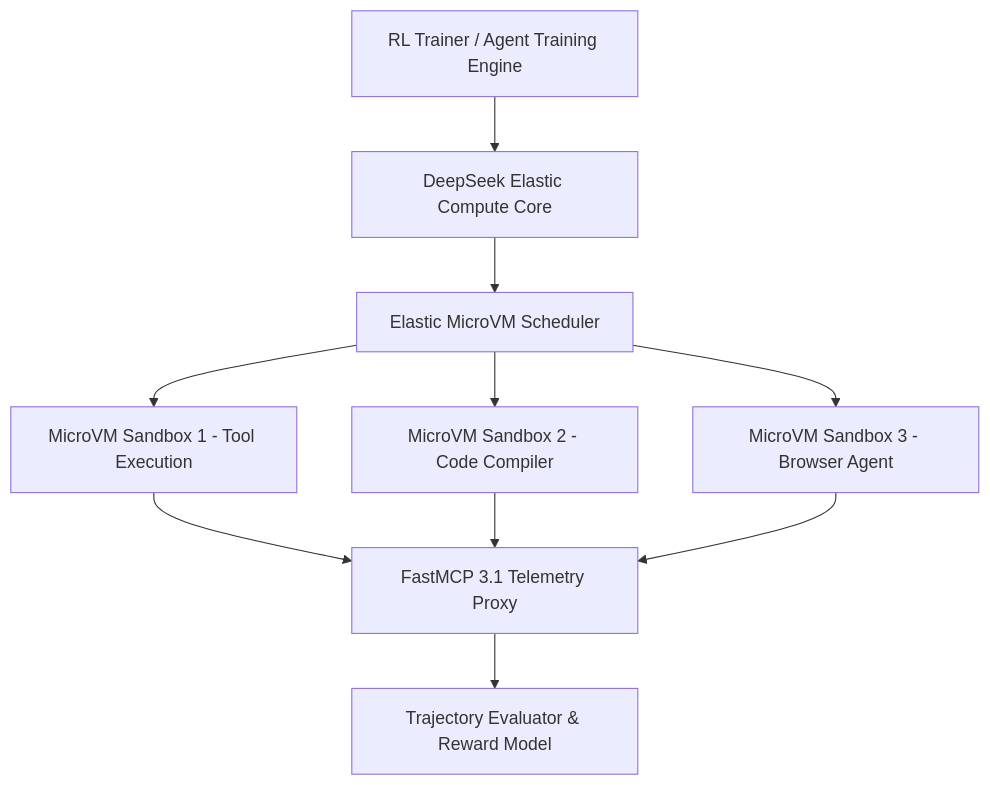
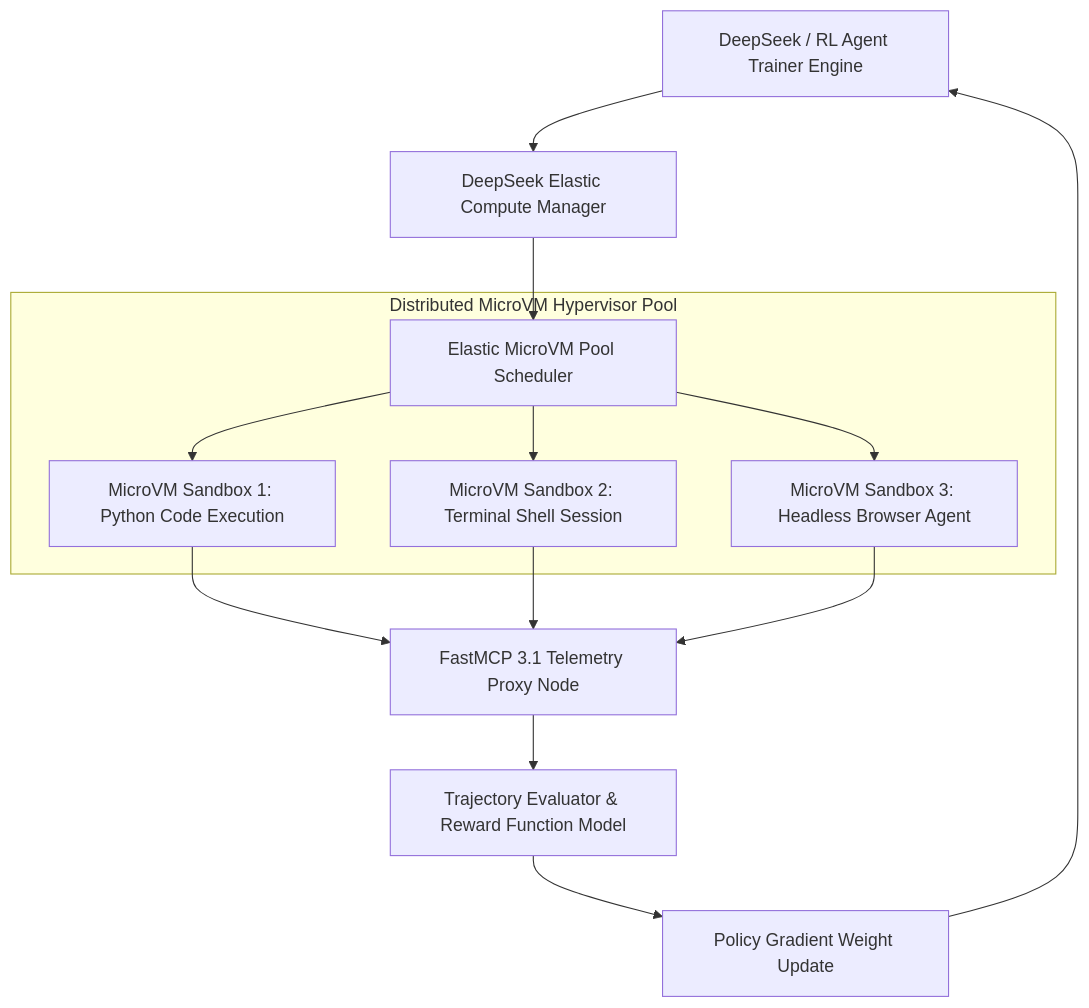
One commit to joanmarcriera/Home-office-automations changed the diagram in docs/tools/infrastructure/deepseek-dsec.md. Above: the diagram before and after it, drawn with Mermaid. The commit also changed other lines of this file and 6 other files, not shown here.

````diff
--- a/docs/tools/infrastructure/deepseek-dsec.md
+++ b/docs/tools/infrastructure/deepseek-dsec.md
@@ -12,12 +20,19 @@
 ```mermaid
 graph TD
-    Trainer[RL Trainer / Agent Training Engine] --> DSec[DeepSeek Elastic Compute Core]
-    DSec --> Scheduler[Elastic MicroVM Scheduler]
-    Scheduler --> VM1[MicroVM Sandbox 1 - Tool Execution]
-    Scheduler --> VM2[MicroVM Sandbox 2 - Code Compiler]
-    Scheduler --> VM3[MicroVM Sandbox 3 - Browser Agent]
-    VM1 --> MCP[FastMCP 3.1 Telemetry Proxy]
-    VM2 --> MCP
-    VM3 --> MCP
-    MCP --> Rewards[Trajectory Evaluator & Reward Model]
+    RLTrainer[DeepSeek / RL Agent Trainer Engine] --> DSecCore[DeepSeek Elastic Compute Manager]
+    DSecCore --> Scheduler[Elastic MicroVM Pool Scheduler]
+
+    subgraph ComputeCluster [Distributed MicroVM Hypervisor Pool]
+        Scheduler --> VM1[MicroVM Sandbox 1: Python Code Execution]
+        Scheduler --> VM2[MicroVM Sandbox 2: Terminal Shell Session]
+        Scheduler --> VM3[MicroVM Sandbox 3: Headless Browser Agent]
+    end
+
+    VM1 --> MCPProxy[FastMCP 3.1 Telemetry Proxy Node]
+    VM2 --> MCPProxy
+    VM3 --> MCPProxy
+
+    MCPProxy --> Evaluator[Trajectory Evaluator & Reward Function Model]
+    Evaluator --> Policy[Policy Gradient Weight Update]
+    Policy --> RLTrainer
 ```
````
